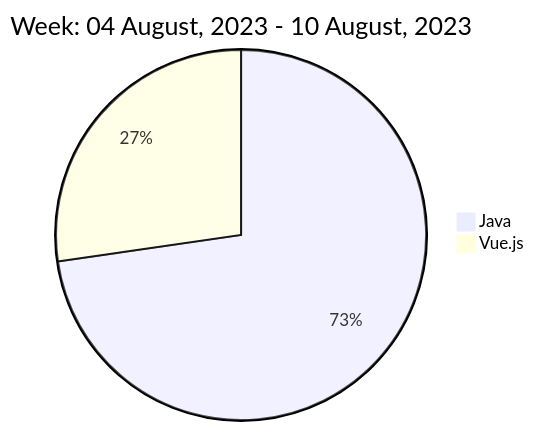
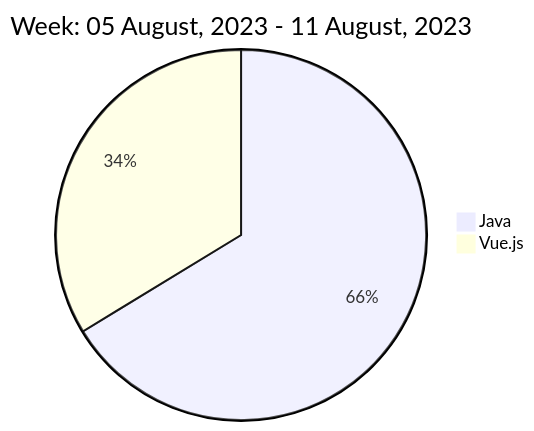
One commit to liubin95/liubin95 changed the diagram in README.md. Above: the diagram before and after it, drawn with Mermaid.

Commit message:
Updated the Graph with new Metrics

````diff
--- a/README.md
+++ b/README.md
@@ -40,6 +40,6 @@
 ```mermaid
  pie
-title Week: 04 August, 2023 - 10 August, 2023
- "Java" : 7.25
- "Vue.js" : 2.72
+title Week: 05 August, 2023 - 11 August, 2023
+ "Java" : 5.27
+ "Vue.js" : 2.68
 ```
````
